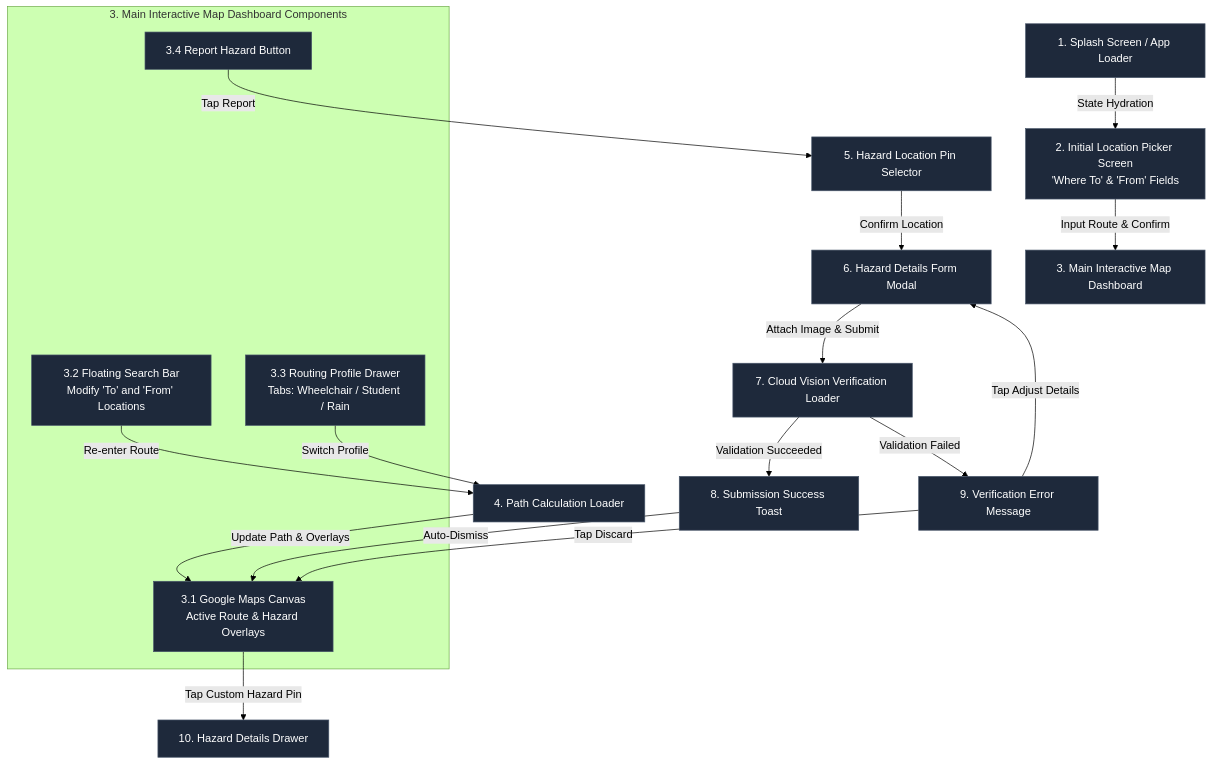
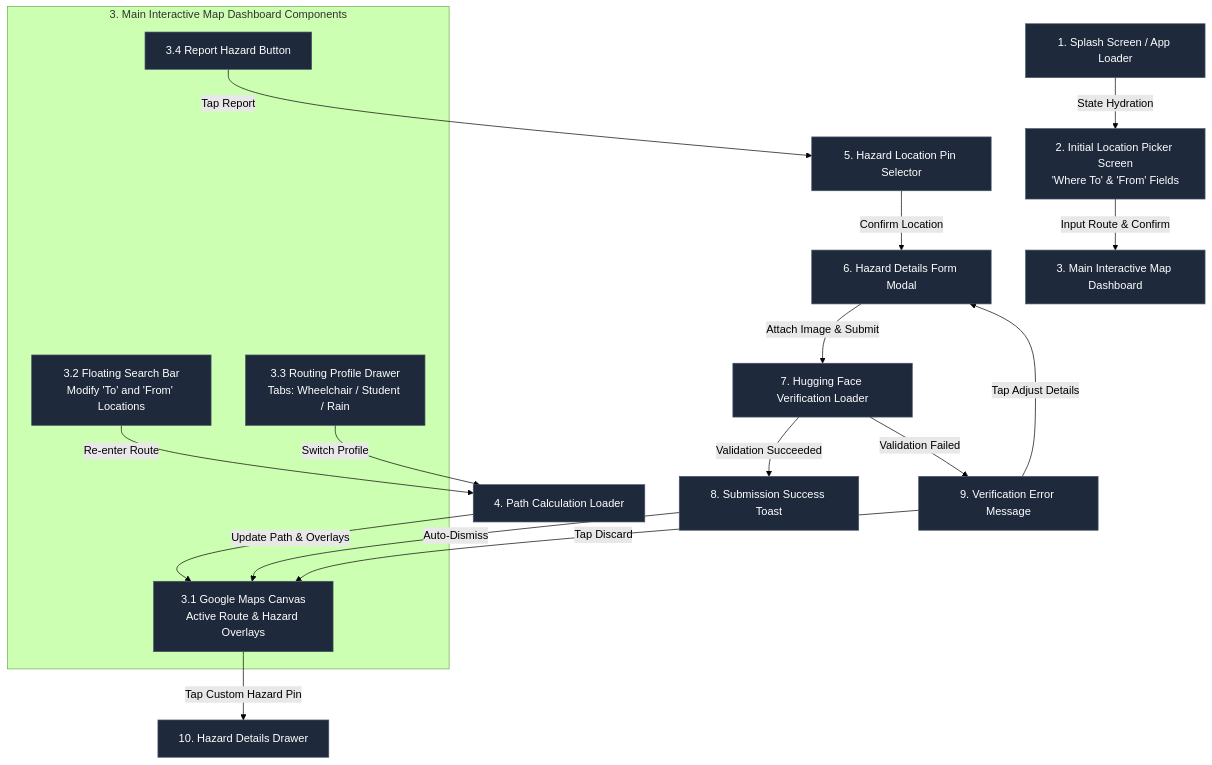
Before and after one commit to JJ-l4lbs/Ligtas-Larga: the diagram in Design.md, drawn with Mermaid (forest theme). The commit also changed other lines of this file and 7 other files, not shown here.

Commit message:
Refactor image verification API from Google Cloud Vision to Hugging Face Inference API

````diff
--- a/Design.md
+++ b/Design.md
@@ -66,40 +66,40 @@
 ```mermaid
 graph TD
     classDef state fill:#1e293b,stroke:#475569,color:#fff;
     classDef action fill:#0284c7,stroke:#0369a1,color:#fff;
     classDef process fill:#0f766e,stroke:#0f766e,color:#fff;
 
     %% Initial Entry & Hydration Flow
     SPLASH[1. Splash Screen / App Loader] -->|State Hydration| INIT_PICKER[2. Initial Location Picker Screen<br/>'Where To' & 'From' Fields]
     INIT_PICKER -->|Input Route & Confirm| MAIN[3. Main Interactive Map Dashboard]
     
     %% Main Dashboard Sub-Views & Interactive Elements
     subgraph Dashboard [3. Main Interactive Map Dashboard Components]
         MAP_CANVAS[3.1 Google Maps Canvas<br/>Active Route & Hazard Overlays]
         SEARCH_OVERLAY[3.2 Floating Search Bar<br/>Modify 'To' and 'From' Locations]
         PROFILE_PICKER[3.3 Routing Profile Drawer<br/>Tabs: Wheelchair / Student / Rain]
         REPORT_TRIGGER[3.4 Report Hazard Button]
     end
 
     %% Interaction Loops on Main Dashboard
     SEARCH_OVERLAY -->|Re-enter Route| ROUTE_RECALC[4. Path Calculation Loader]
     PROFILE_PICKER -->|Switch Profile| ROUTE_RECALC
     ROUTE_RECALC -->|Update Path & Overlays| MAP_CANVAS
 
     %% Hazard reporting actions from main dashboard
     REPORT_TRIGGER -->|Tap Report| LOC_PINNER[5. Hazard Location Pin Selector]
     LOC_PINNER -->|Confirm Location| REPORT_MODAL[6. Hazard Details Form Modal]
-    REPORT_MODAL -->|Attach Image & Submit| VERIFYING_STATE[7. Cloud Vision Verification Loader]
+    REPORT_MODAL -->|Attach Image & Submit| VERIFYING_STATE[7. Hugging Face Verification Loader]
     
     VERIFYING_STATE -->|Validation Succeeded| CONFIRMATION[8. Submission Success Toast]
     VERIFYING_STATE -->|Validation Failed| FAIL_SCREEN[9. Verification Error Message]
     
     CONFIRMATION -->|Auto-Dismiss| MAP_CANVAS
     FAIL_SCREEN -->|Tap Adjust Details| REPORT_MODAL
     FAIL_SCREEN -->|Tap Discard| MAP_CANVAS
 
     %% Map marker details
     MAP_CANVAS -->|Tap Custom Hazard Pin| HAZARD_DETAIL[10. Hazard Details Drawer]
 
     class SPLASH,INIT_PICKER,MAIN,MAP_CANVAS,SEARCH_OVERLAY,PROFILE_PICKER,REPORT_TRIGGER,ROUTE_RECALC,LOC_PINNER,REPORT_MODAL,VERIFYING_STATE,CONFIRMATION,FAIL_SCREEN,HAZARD_DETAIL state;
 ```
````
